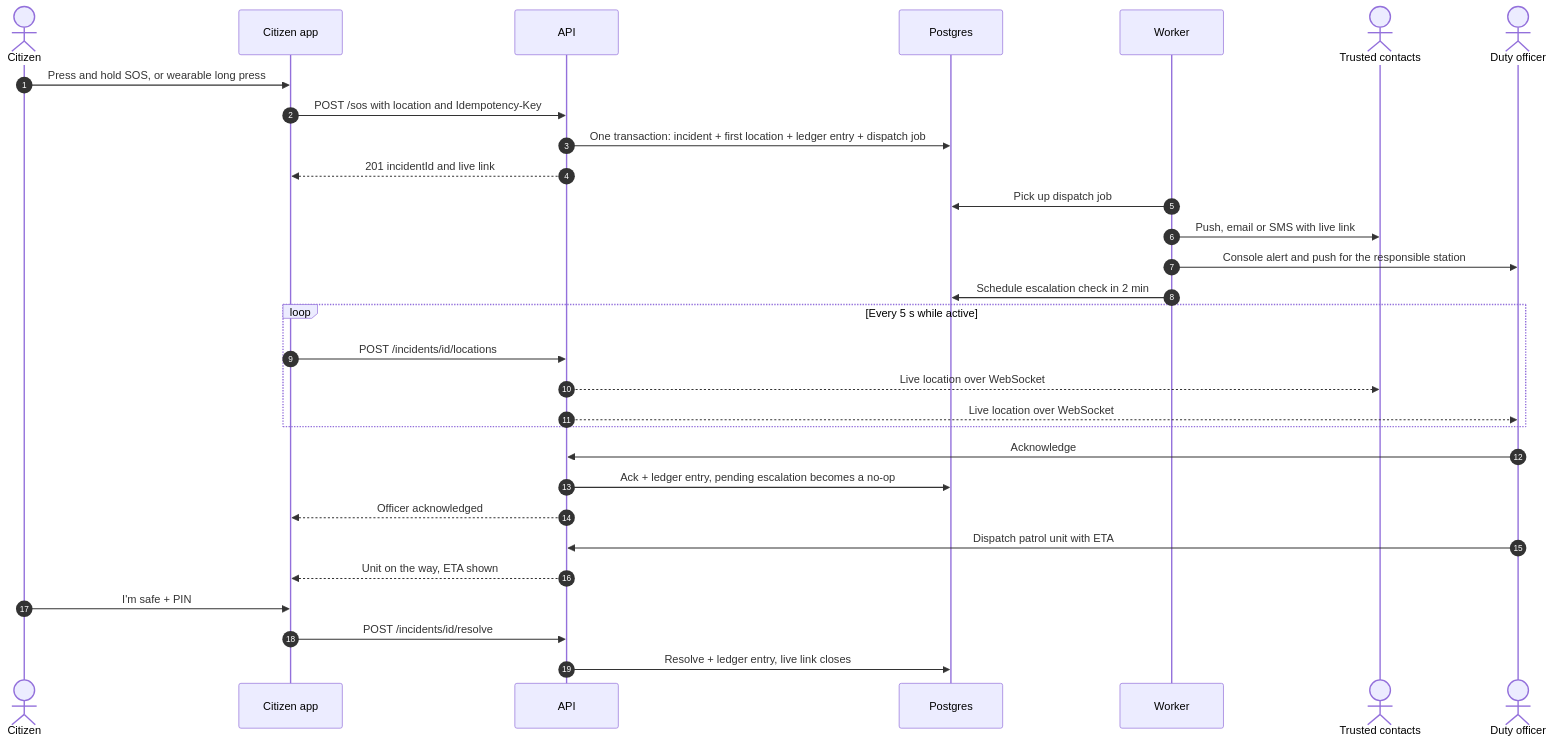
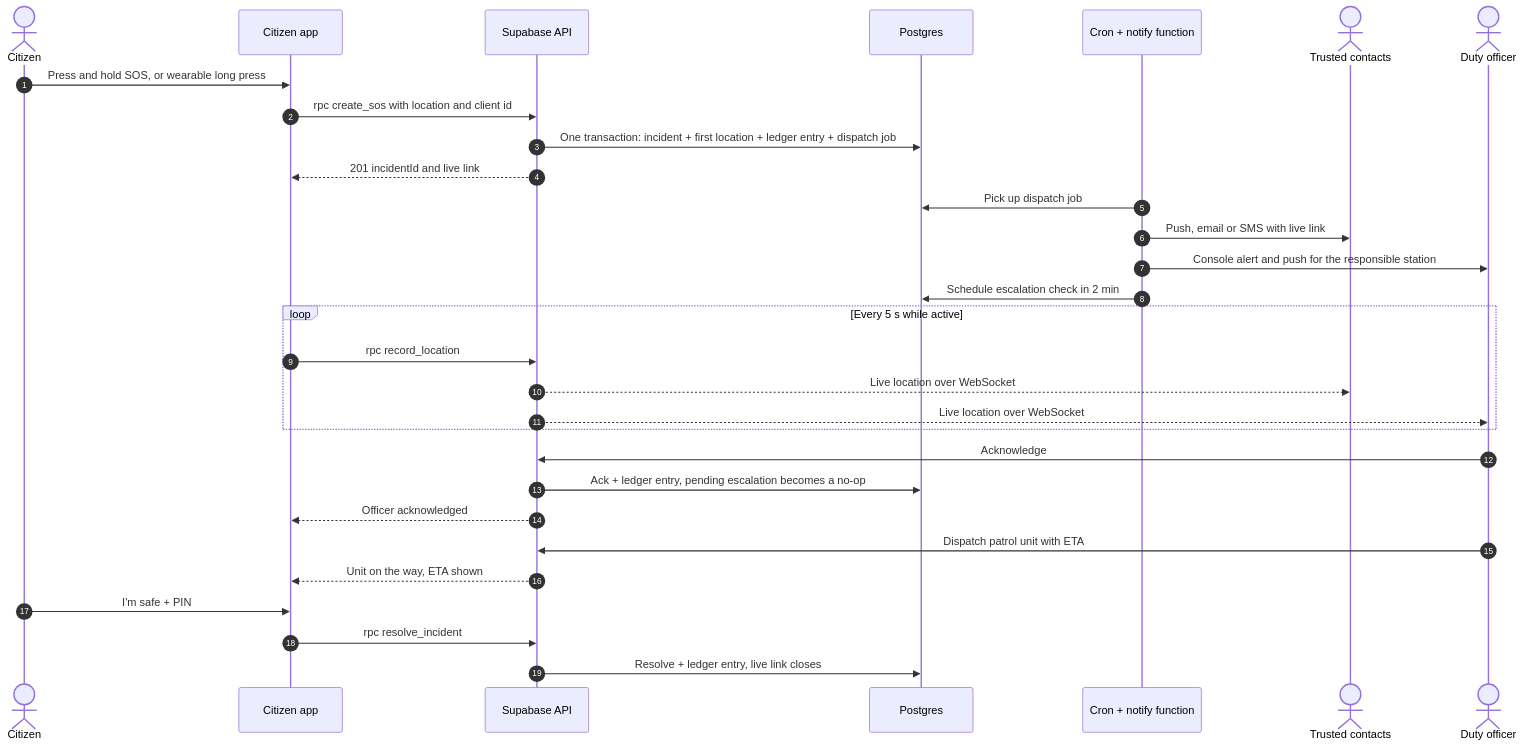
The first of 14 diagrams in docs/03-workflows.md (snehaa006/women-s-safety-), drawn with Mermaid before and after one commit. The commit also changed other lines of this file and 10 other files, not shown here.

````diff
--- a/docs/03-workflows.md
+++ b/docs/03-workflows.md
@@ -26,33 +26,33 @@
 ```mermaid
 sequenceDiagram
   autonumber
   actor U as Citizen
   participant App as Citizen app
-  participant API as API
+  participant API as Supabase API
   participant DB as Postgres
-  participant W as Worker
+  participant W as Cron + notify function
   actor C as Trusted contacts
   actor O as Duty officer
 
   U->>App: Press and hold SOS, or wearable long press
-  App->>API: POST /sos with location and Idempotency-Key
+  App->>API: rpc create_sos with location and client id
   API->>DB: One transaction: incident + first location + ledger entry + dispatch job
   API-->>App: 201 incidentId and live link
   W->>DB: Pick up dispatch job
   W->>C: Push, email or SMS with live link
   W->>O: Console alert and push for the responsible station
   W->>DB: Schedule escalation check in 2 min
   loop Every 5 s while active
-    App->>API: POST /incidents/id/locations
+    App->>API: rpc record_location
     API-->>C: Live location over WebSocket
     API-->>O: Live location over WebSocket
   end
   O->>API: Acknowledge
   API->>DB: Ack + ledger entry, pending escalation becomes a no-op
   API-->>App: Officer acknowledged
   O->>API: Dispatch patrol unit with ETA
   API-->>App: Unit on the way, ETA shown
   U->>App: I'm safe + PIN
-  App->>API: POST /incidents/id/resolve
+  App->>API: rpc resolve_incident
   API->>DB: Resolve + ledger entry, live link closes
 ```
````
